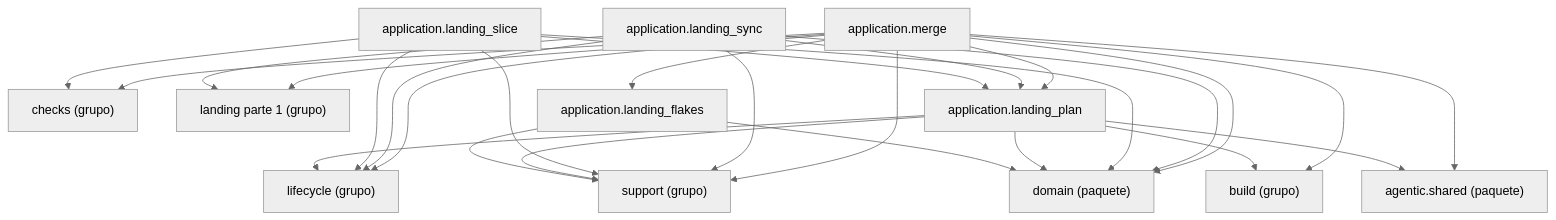
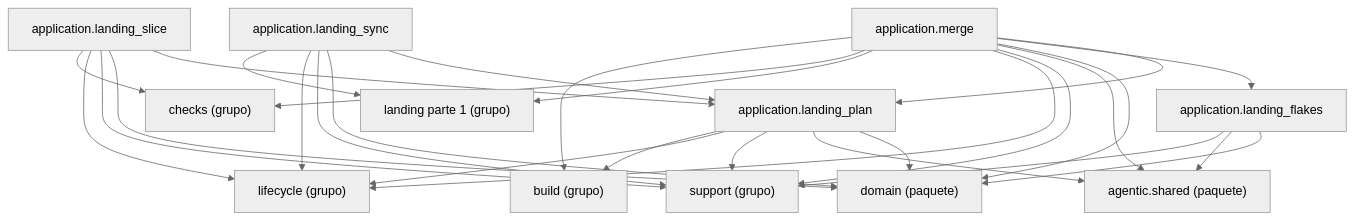
One commit to GonzaloZevallos/agentic-system changed the diagram in docs/architecture/generated/packages-process-application-landing-2.md. Above: the diagram before and after it, drawn with Mermaid (neutral theme).

Commit message:
Regenerate the process package page for the flake filing imports

````diff
--- a/docs/architecture/generated/packages-process-application-landing-2.md
+++ b/docs/architecture/generated/packages-process-application-landing-2.md
@@ -16,41 +16,42 @@
 ```mermaid
 graph TD
     g_application__build["build (grupo)"]
     g_application__checks["checks (grupo)"]
     g_application__landing__1["landing parte 1 (grupo)"]
     g_application__lifecycle["lifecycle (grupo)"]
     g_application__support["support (grupo)"]
     g_pkg__agentic__shared["agentic.shared (paquete)"]
     g_pkg__domain["domain (paquete)"]
     m_application__landing_flakes["application.landing_flakes"]
     m_application__landing_plan["application.landing_plan"]
     m_application__landing_slice["application.landing_slice"]
     m_application__landing_sync["application.landing_sync"]
     m_application__merge["application.merge"]
     m_application__landing_flakes --> g_application__support
+    m_application__landing_flakes --> g_pkg__agentic__shared
     m_application__landing_flakes --> g_pkg__domain
     m_application__landing_plan --> g_application__build
     m_application__landing_plan --> g_application__lifecycle
     m_application__landing_plan --> g_application__support
     m_application__landing_plan --> g_pkg__agentic__shared
     m_application__landing_plan --> g_pkg__domain
     m_application__landing_slice --> g_application__checks
     m_application__landing_slice --> g_application__lifecycle
     m_application__landing_slice --> g_application__support
     m_application__landing_slice --> g_pkg__domain
     m_application__landing_slice --> m_application__landing_plan
     m_application__landing_sync --> g_application__landing__1
     m_application__landing_sync --> g_application__lifecycle
     m_application__landing_sync --> g_application__support
     m_application__landing_sync --> g_pkg__domain
     m_application__landing_sync --> m_application__landing_plan
     m_application__merge --> g_application__build
     m_application__merge --> g_application__checks
     m_application__merge --> g_application__landing__1
     m_application__merge --> g_application__lifecycle
     m_application__merge --> g_application__support
     m_application__merge --> g_pkg__agentic__shared
     m_application__merge --> g_pkg__domain
     m_application__merge --> m_application__landing_flakes
     m_application__merge --> m_application__landing_plan
 ```
````
